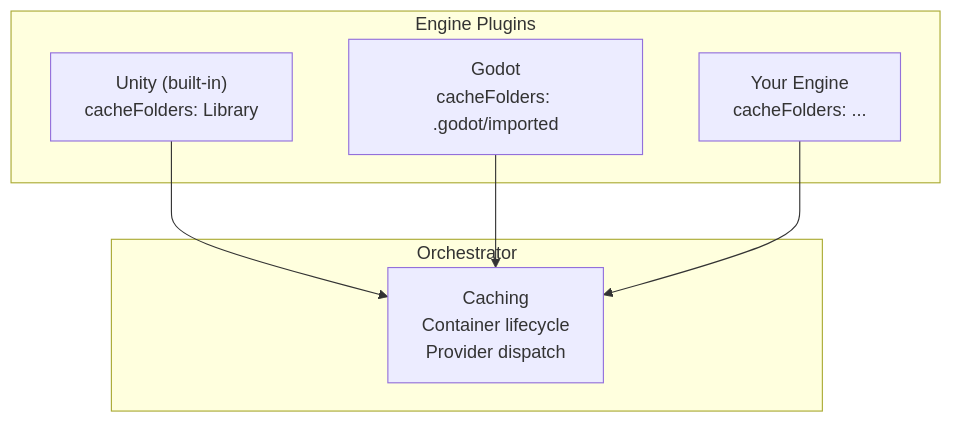
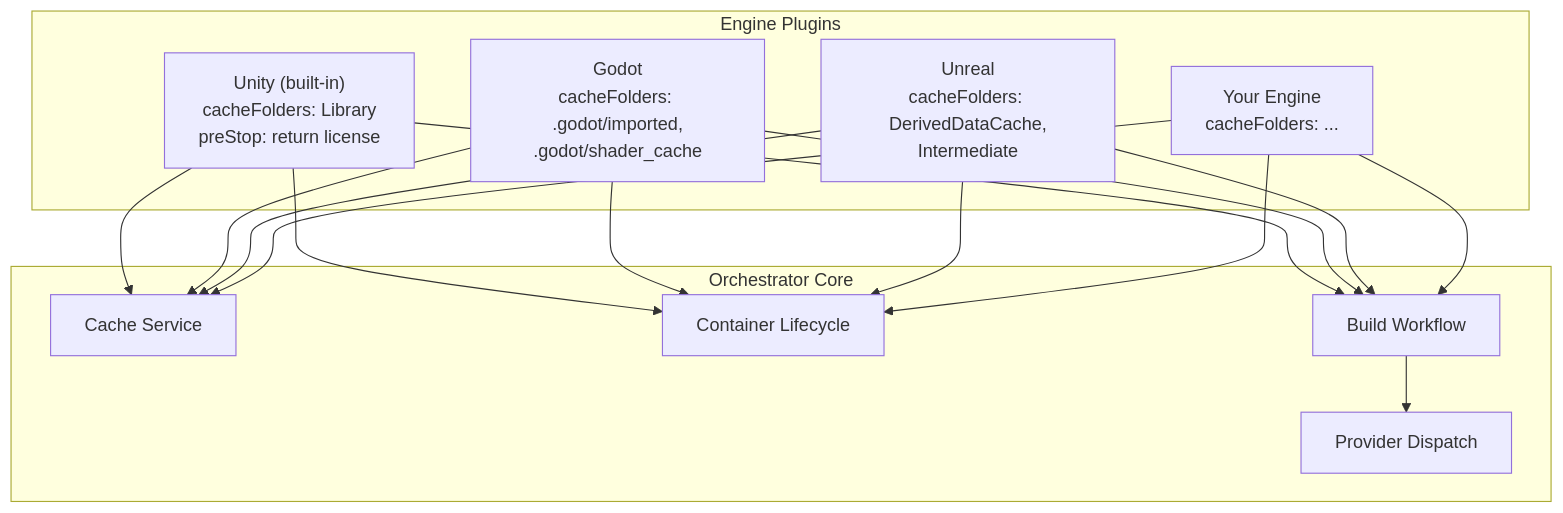
The second of 6 diagrams in README.md (game-ci/orchestrator), drawn with Mermaid before and after one commit. The commit also changed other lines of this file, not shown here.

First line of the commit message:
docs: improve README structure and expand engine agnosticism docs

````diff
--- a/README.md
+++ b/README.md
@@ -106,14 +116,17 @@
 ```mermaid
 flowchart TD
   subgraph plugins["Engine Plugins"]
-    U["Unity (built-in)\ncacheFolders: Library"]
-    G["Godot\ncacheFolders: .godot/imported"]
-    X["Your Engine\ncacheFolders: ..."]
+    U["Unity (built-in)<br/>cacheFolders: Library<br/>preStop: return license"]
+    G["Godot<br/>cacheFolders: .godot/imported,<br/>.godot/shader_cache"]
+    R["Unreal<br/>cacheFolders: DerivedDataCache,<br/>Intermediate"]
+    X["Your Engine<br/>cacheFolders: ..."]
   end
-  subgraph orch["Orchestrator"]
-    O["Caching\nContainer lifecycle\nProvider dispatch"]
+  subgraph core["Orchestrator Core"]
+    C["Cache Service"]
+    L["Container Lifecycle"]
+    W["Build Workflow"]
+    P["Provider Dispatch"]
   end
-  U --> O
-  G --> O
-  X --> O
+  U & G & R & X --> C & L & W
+  W --> P
 ```
````
